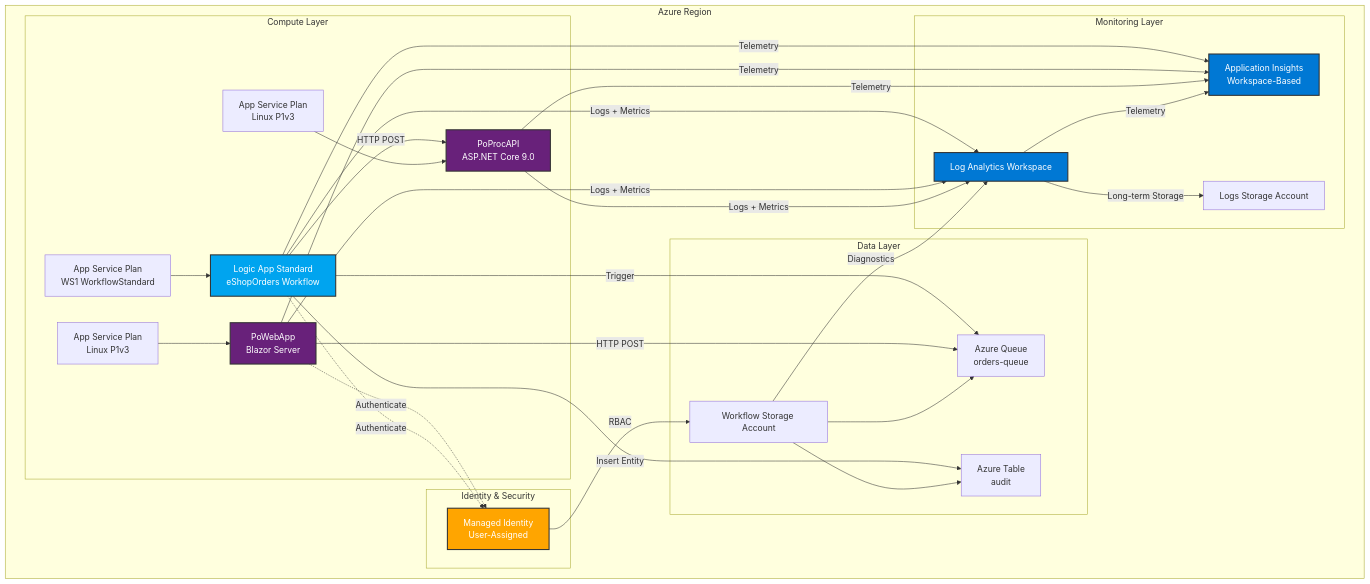
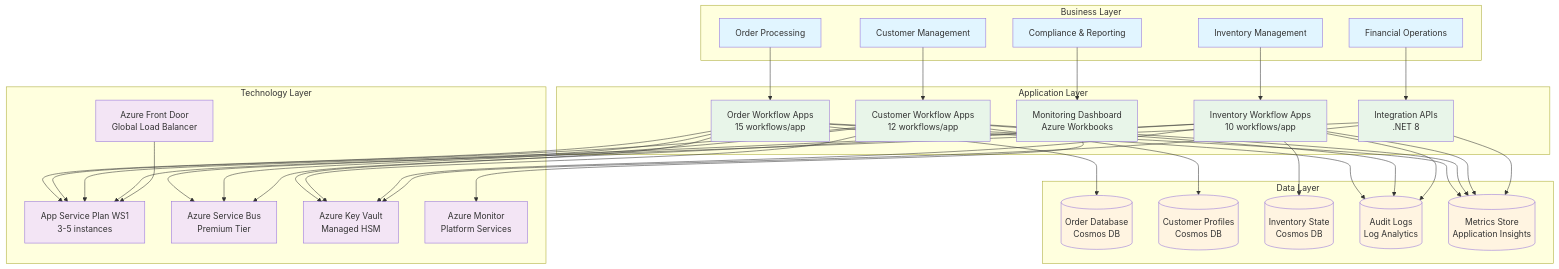
Before and after one commit to Evilazaro/Azure-LogicApps-Monitoring: the first of 4 diagrams in README.md, drawn with Mermaid. The commit also changed other lines of this file and 1 other file, not shown here.

First line of the commit message:
Add Azure Service Bus namespace resource to messaging infrastructure

````diff
--- a/README.md
+++ b/README.md
@@ -204,69 +176,74 @@
 ```mermaid
 graph TB
-    subgraph "Azure Region"
-        subgraph "Monitoring Layer"
-            LAW[Log Analytics Workspace]
-            AI[Application Insights<br/>Workspace-Based]
-            LOGS_SA[Logs Storage Account]
-            
-            LAW -->|Telemetry| AI
-            LAW -->|Long-term Storage| LOGS_SA
-        end
-        
-        subgraph "Compute Layer"
-            ASP_API[App Service Plan<br/>Linux P1v3]
-            ASP_WEB[App Service Plan<br/>Linux P1v3]
-            ASP_LA[App Service Plan<br/>WS1 WorkflowStandard]
-            
-            API[PoProcAPI<br/>ASP.NET Core 9.0]
-            WEB[PoWebApp<br/>Blazor Server]
-            LA[Logic App Standard<br/>eShopOrders Workflow]
-            
-            ASP_API --> API
-            ASP_WEB --> WEB
-            ASP_LA --> LA
-        end
-        
-        subgraph "Data Layer"
-            WF_SA[Workflow Storage Account]
-            QUEUE[Azure Queue<br/>orders-queue]
-            TABLE[Azure Table<br/>audit]
-            
-            WF_SA --> QUEUE
-            WF_SA --> TABLE
-        end
-        
-        subgraph "Identity & Security"
-            MI[Managed Identity<br/>User-Assigned]
-        end
-        
-        %% Monitoring Connections
-        API -->|Telemetry| AI
-        WEB -->|Telemetry| AI
-        LA -->|Telemetry| AI
-        WF_SA -->|Diagnostics| LAW
-        
-        %% Application Flow
-        WEB -->|HTTP POST| QUEUE
-        LA -->|Trigger| QUEUE
-        LA -->|HTTP POST| API
-        LA -->|Insert Entity| TABLE
-        
-        %% Security
-        LA -.->|Authenticate| MI
-        WEB -.->|Authenticate| MI
-        MI -->|RBAC| WF_SA
-        
-        %% Diagnostics
-        API -->|Logs + Metrics| LAW
-        WEB -->|Logs + Metrics| LAW
-        LA -->|Logs + Metrics| LAW
+    subgraph "Business Layer"
+        B1[Order Processing]
+        B2[Customer Management]
+        B3[Inventory Management]
+        B4[Financial Operations]
+        B5[Compliance & Reporting]
     end
-    
-    style LAW fill:#0078D4,stroke:#333,stroke-width:2px,color:#fff
-    style AI fill:#0078D4,stroke:#333,stroke-width:2px,color:#fff
-    style API fill:#68217A,stroke:#333,stroke-width:2px,color:#fff
-    style WEB fill:#68217A,stroke:#333,stroke-width:2px,color:#fff
-    style LA fill:#00A4EF,stroke:#333,stroke-width:2px,color:#fff
-    style MI fill:#FFA500,stroke:#333,stroke-width:2px,color:#fff
+
+    subgraph "Data Layer"
+        D1[(Order Database<br/>Cosmos DB)]
+        D2[(Customer Profiles<br/>Cosmos DB)]
+        D3[(Inventory State<br/>Cosmos DB)]
+        D4[(Audit Logs<br/>Log Analytics)]
+        D5[(Metrics Store<br/>Application Insights)]
+    end
+
+    subgraph "Application Layer"
+        A1[Order Workflow Apps<br/>15 workflows/app]
+        A2[Customer Workflow Apps<br/>12 workflows/app]
+        A3[Inventory Workflow Apps<br/>10 workflows/app]
+        A4[Integration APIs<br/>.NET 8]
+        A5[Monitoring Dashboard<br/>Azure Workbooks]
+    end
+
+    subgraph "Technology Layer"
+        T1[App Service Plan WS1<br/>3-5 instances]
+        T2[Azure Service Bus<br/>Premium Tier]
+        T3[Azure Key Vault<br/>Managed HSM]
+        T4[Azure Monitor<br/>Platform Services]
+        T5[Azure Front Door<br/>Global Load Balancer]
+    end
+
+    B1 --> A1
+    B2 --> A2
+    B3 --> A3
+    B4 --> A4
+    B5 --> A5
+
+    A1 --> D1
+    A2 --> D2
+    A3 --> D3
+    A1 & A2 & A3 --> D4
+    A1 & A2 & A3 & A4 --> D5
+
+    A1 & A2 & A3 --> T1
+    A1 & A2 & A3 --> T2
+    A4 --> T1
+    A1 & A2 & A3 & A4 --> T3
+    A5 --> T4
+    T5 --> T1
+
+    style B1 fill:#e1f5ff
+    style B2 fill:#e1f5ff
+    style B3 fill:#e1f5ff
+    style B4 fill:#e1f5ff
+    style B5 fill:#e1f5ff
+    style D1 fill:#fff4e1
+    style D2 fill:#fff4e1
+    style D3 fill:#fff4e1
+    style D4 fill:#fff4e1
+    style D5 fill:#fff4e1
+    style A1 fill:#e8f5e9
+    style A2 fill:#e8f5e9
+    style A3 fill:#e8f5e9
+    style A4 fill:#e8f5e9
+    style A5 fill:#e8f5e9
+    style T1 fill:#f3e5f5
+    style T2 fill:#f3e5f5
+    style T3 fill:#f3e5f5
+    style T4 fill:#f3e5f5
+    style T5 fill:#f3e5f5
 ```
````
